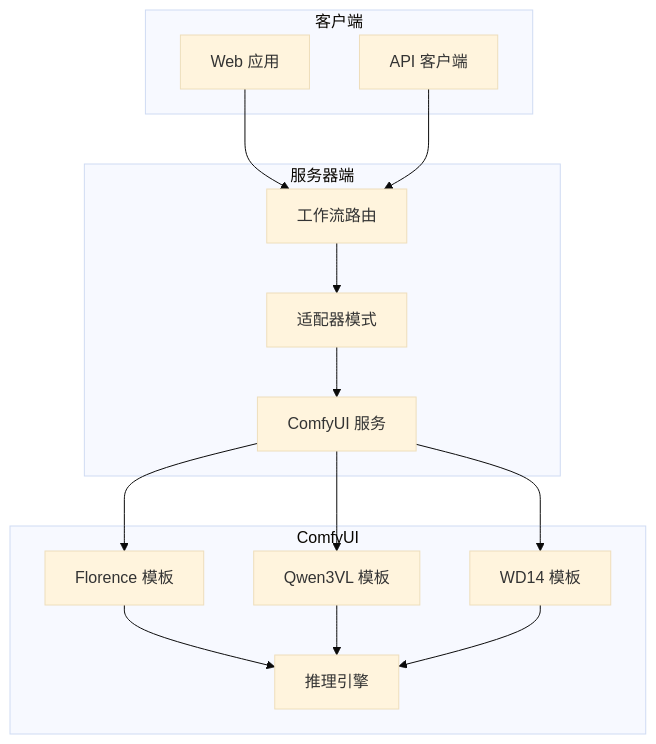
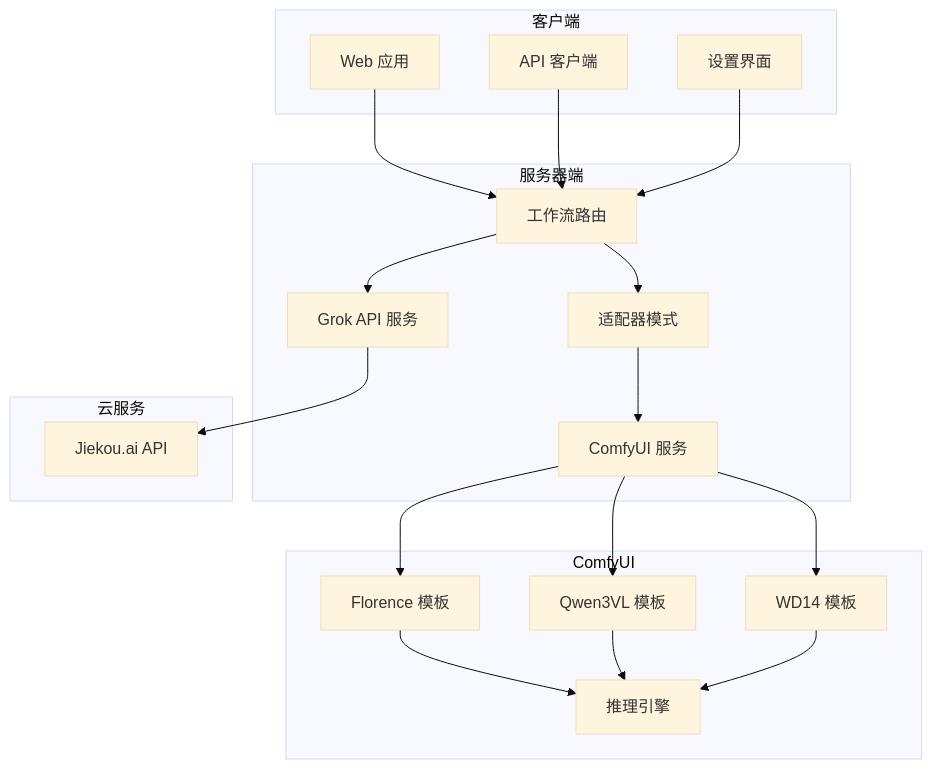
The first of 4 diagrams in .qoder/repowiki/zh/content/API 参考文档/工作流 API/专业功能 API/提示词反推 API.md (billye220670/CorineKit_Pix2Real), drawn with Mermaid (base theme) before and after one commit. The commit also changed other lines of this file and 54 other files, not shown here.

First line of the commit message:
feat: 模型下拉菜单元数据管理（缩略图+重命名）及session mask恢复优化

````diff
--- a/.qoder/repowiki/zh/content/API 参考文档/工作流 API/专业功能 API/提示词反推 API.md
+++ b/.qoder/repowiki/zh/content/API 参考文档/工作流 API/专业功能 API/提示词反推 API.md
@@ -37,28 +47,36 @@
 ```mermaid
 graph TB
 subgraph "客户端"
 WebApp[Web 应用]
 API[API 客户端]
+Settings[设置界面]
 end
 subgraph "服务器端"
 Router[工作流路由]
 Adapter[适配器模式]
 Service[ComfyUI 服务]
+GrokAPI[Grok API 服务]
 end
 subgraph "ComfyUI"
 Template[Florence 模板]
 Template2[Qwen3VL 模板]
 Template3[WD14 模板]
 Engine[推理引擎]
 end
+subgraph "云服务"
+JiekouAPI[Jiekou.ai API]
+end
 WebApp --> Router
 API --> Router
+Settings --> Router
 Router --> Adapter
+Router --> GrokAPI
 Adapter --> Service
 Service --> Template
 Service --> Template2
 Service --> Template3
 Template --> Engine
 Template2 --> Engine
 Template3 --> Engine
+GrokAPI --> JiekouAPI
 ```
````
